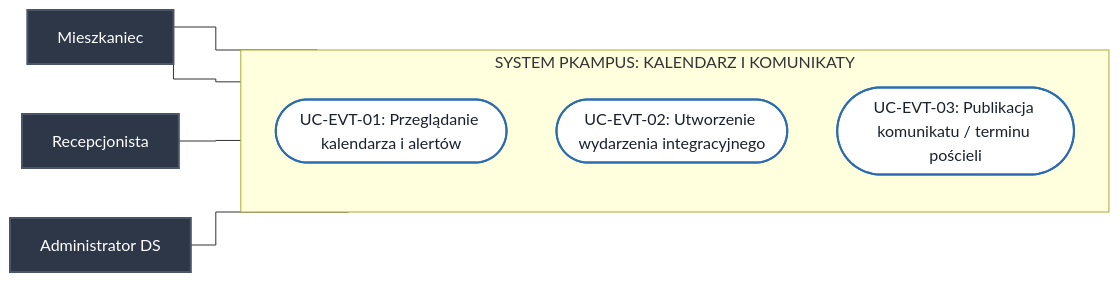
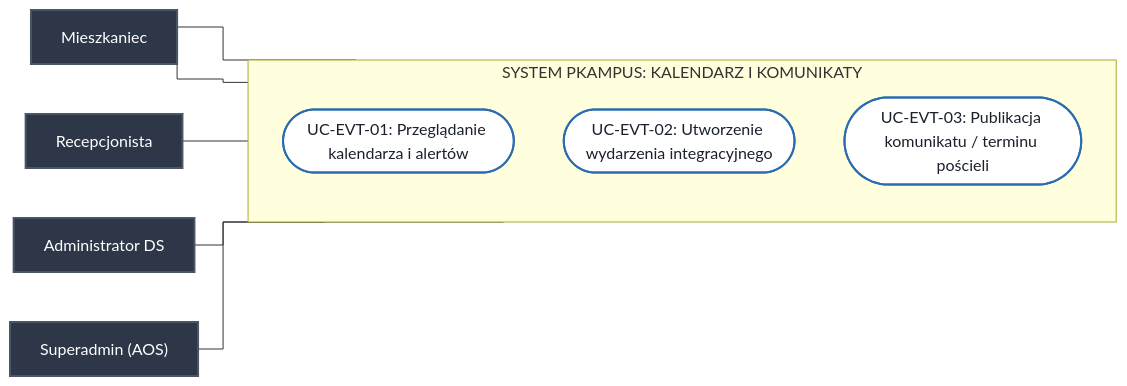
One commit to Buczy8/PKampus changed the seventh of 8 diagrams in Docs/Diagramy_Przypadkow_Uzycia.md. Above: the diagram before and after it, drawn with Mermaid. The commit also changed other lines of this file and 5 other files, not shown here.

Commit message:
docs: update C4 diagrams and ERD to clarify roles and interactions, including Superadmin responsibilities and user registration details

````diff
--- a/Docs/Diagramy_Przypadkow_Uzycia.md
+++ b/Docs/Diagramy_Przypadkow_Uzycia.md
@@ -248,24 +251,26 @@
 ```mermaid
 %%{init: {'flowchart': {'curve': 'stepBefore'}}}%%
 flowchart LR
     classDef actorStyle fill:#2d3748,stroke:#4a5568,stroke-width:2px,color:#fff;
     classDef ucStyle fill:#fff,stroke:#2b6cb0,stroke-width:2px,color:#1a202c;
 
     Student["Mieszkaniec"]:::actorStyle
 
     subgraph System_Events ["SYSTEM PKAMPUS: KALENDARZ I KOMUNIKATY"]
         direction TB
         UC_EVT_01(["UC-EVT-01: Przeglądanie kalendarza i alertów"]):::ucStyle
         UC_EVT_02(["UC-EVT-02: Utworzenie wydarzenia integracyjnego"]):::ucStyle
         UC_EVT_03(["UC-EVT-03: Publikacja komunikatu / terminu pościeli"]):::ucStyle
     end
 
     Portier["Recepcjonista"]:::actorStyle
     AdminDS["Administrator DS"]:::actorStyle
+    SuperAdmin["Superadmin (AOS)"]:::actorStyle
 
     Student --- UC_EVT_01
     Student --- UC_EVT_02
 
     Portier --- UC_EVT_03
     AdminDS --- UC_EVT_03
+    SuperAdmin --- UC_EVT_03
 ```
````
